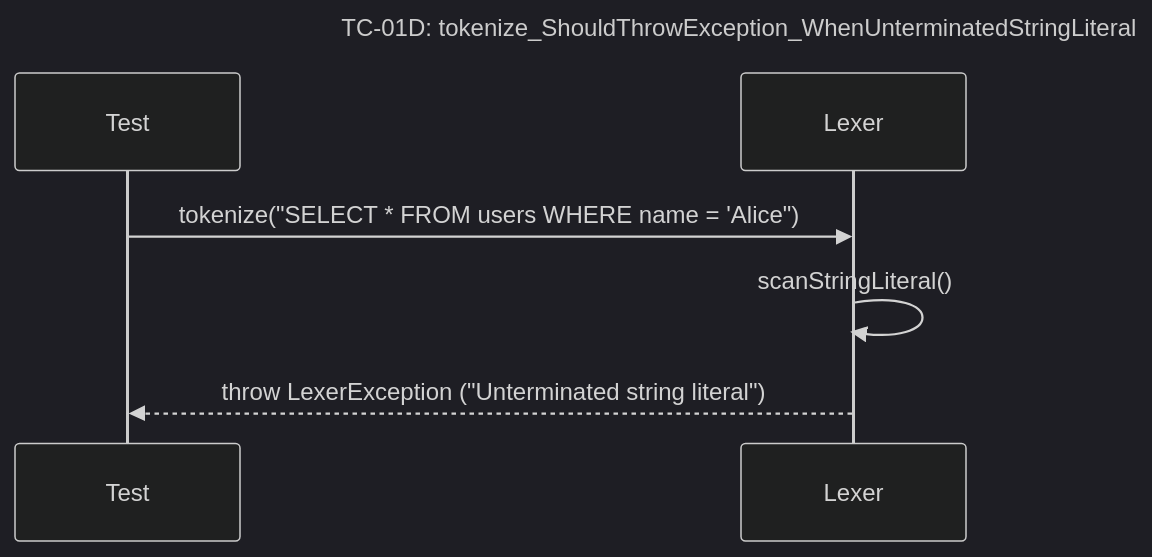
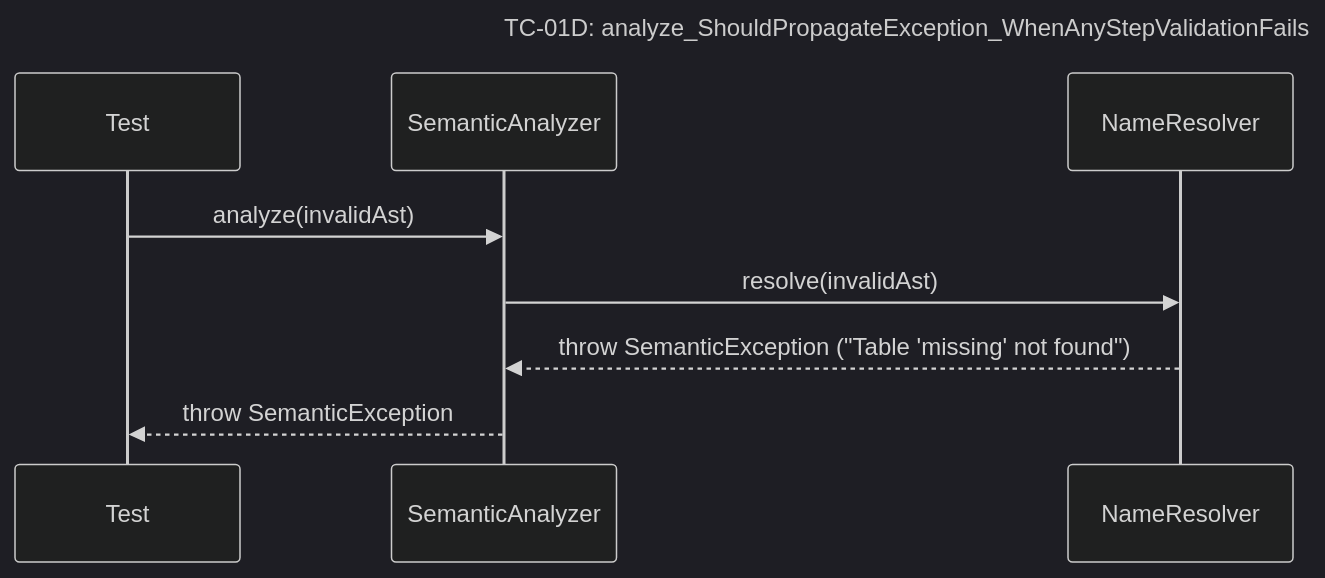
Before and after one commit to Dikhang1112/Database_Management_BBV: the fifth of 30 diagrams in docs/unit_test/query_prossor/SequeceTestCase.md, drawn with Mermaid (dark theme). The commit also changed other lines of this file and 2 other files, not shown here.

Commit message:
Add unit test for senetic analysis

````diff
--- a/docs/unit_test/query_prossor/SequeceTestCase.md
+++ b/docs/unit_test/query_prossor/SequeceTestCase.md
@@ -60,10 +75,12 @@
 ```mermaid
 sequenceDiagram
-    title TC-01D: tokenize_ShouldThrowException_WhenUnterminatedStringLiteral
+    title TC-01D: analyze_ShouldPropagateException_WhenAnyStepValidationFails
     participant Test
-    participant Lexer
+    participant SemanticAnalyzer
+    participant NameResolver
 
-    Test->>Lexer: tokenize("SELECT * FROM users WHERE name = 'Alice")
-    Lexer->>Lexer: scanStringLiteral()
-    Lexer-->>Test: throw LexerException ("Unterminated string literal")
+    Test->>SemanticAnalyzer: analyze(invalidAst)
+    SemanticAnalyzer->>NameResolver: resolve(invalidAst)
+    NameResolver-->>SemanticAnalyzer: throw SemanticException ("Table 'missing' not found")
+    SemanticAnalyzer-->>Test: throw SemanticException
 ```
````
